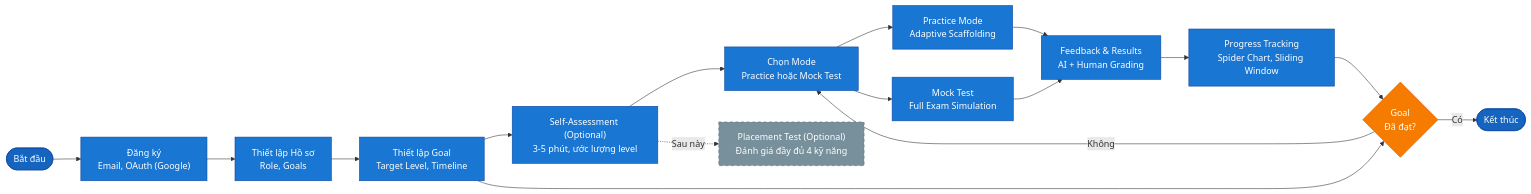
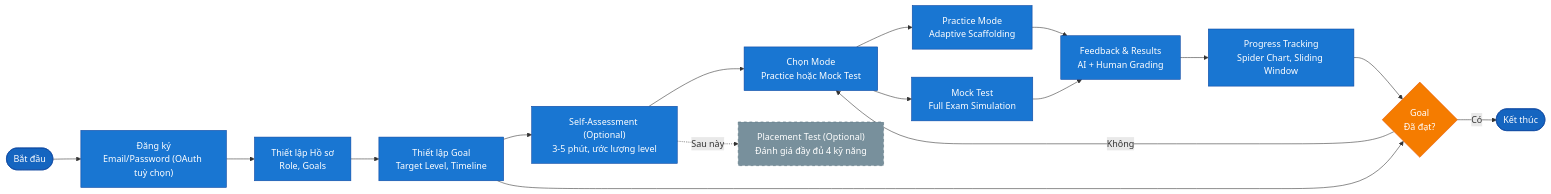
The eighth of 13 diagrams in docs/capstone/diagrams/flow-diagrams.vi.md (nghyane/VSTEP), drawn with Mermaid before and after one commit. The commit also changed other lines of this file and 9 other files, not shown here.

````diff
--- a/docs/capstone/diagrams/flow-diagrams.vi.md
+++ b/docs/capstone/diagrams/flow-diagrams.vi.md
@@ -655,43 +700,43 @@
 ```mermaid
 flowchart LR
     Start(["Bắt đầu"])
-    Reg["Đăng ký<br/>Email, OAuth (Google)"]
+    Reg["Đăng ký<br/>Email/Password (OAuth tuỳ chọn)"]
     Profile["Thiết lập Hồ sơ<br/>Role, Goals"]
     GoalSet["Thiết lập Goal<br/>Target Level, Timeline"]
     SelfAssess["Self-Assessment (Optional)<br/>3-5 phút, ước lượng level"]
     Select["Chọn Mode<br/>Practice hoặc Mock Test"]
     Practice["Practice Mode<br/>Adaptive Scaffolding"]
     Mock["Mock Test<br/>Full Exam Simulation"]
     Feedback["Feedback & Results<br/>AI + Human Grading"]
     Progress["Progress Tracking<br/>Spider Chart, Sliding Window"]
     GoalCheck{"Goal<br/>Đã đạt?"}
     Placement["Placement Test (Optional)<br/>Đánh giá đầy đủ 4 kỹ năng"]
     End(["Kết thúc"])
 
     Start --> Reg
     Reg --> Profile
     Profile --> GoalSet
     GoalSet --> SelfAssess
     SelfAssess --> Select
     Select --> Practice
     Select --> Mock
     Practice --> Feedback
     Mock --> Feedback
     Feedback --> Progress
     Progress --> GoalCheck
     GoalSet --> GoalCheck
     GoalCheck -->|"Không"| Select
     GoalCheck -->|"Có"| End
     SelfAssess -.->|"Sau này"| Placement
 
     classDef start fill:#1565c0,stroke:#0d47a1,color:#fff
     classDef process fill:#1976d2,stroke:#0d47a1,color:#fff
     classDef decision fill:#f57c00,stroke:#e65100,color:#fff
     classDef outcome fill:#7b1fa2,stroke:#4a148c,color:#fff
     classDef optional fill:#78909c,stroke:#546e7a,color:#fff,stroke-dasharray: 5 5
 
     class Start,End start
     class Reg,Profile,GoalSet,SelfAssess,Practice,Mock,Feedback,Progress,Select process
     class GoalCheck decision
     class Placement optional
 ```
````
